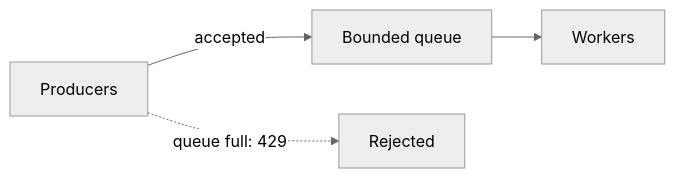
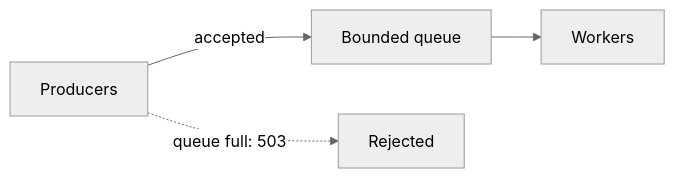
One commit to pravnyadv/dev-essentials changed the eighth of 12 diagrams in site/authored/sd/async.md. Above: the diagram before and after it, drawn with Mermaid (neutral theme). The commit also changed other lines of this file and 66 other files, not shown here.

````diff
--- a/site/authored/sd/async.md
+++ b/site/authored/sd/async.md
@@ -306,8 +310,8 @@
 ```mermaid A bounded queue refuses new work at the limit, so the wait for accepted work stays flat
 flowchart LR
   P[Producers] -->|accepted| Q[Bounded queue]
-  P -.->|queue full: 429| X[Rejected]
+  P -.->|queue full: 503| X[Rejected]
   Q --> W[Workers]
   class X bad
   class Q warn
 ```
````
